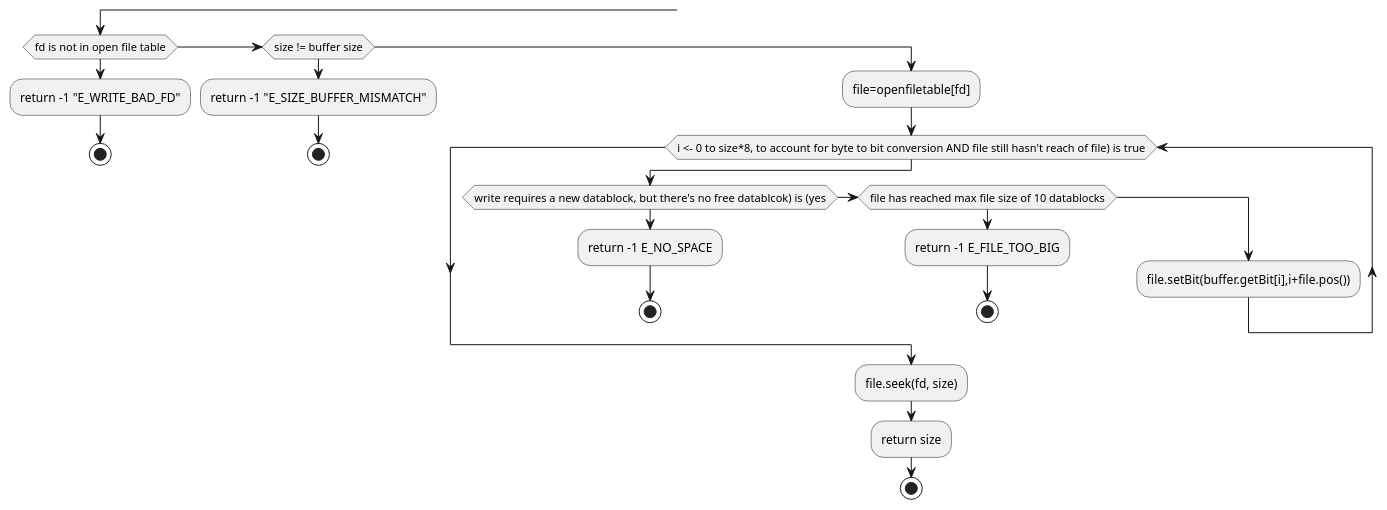
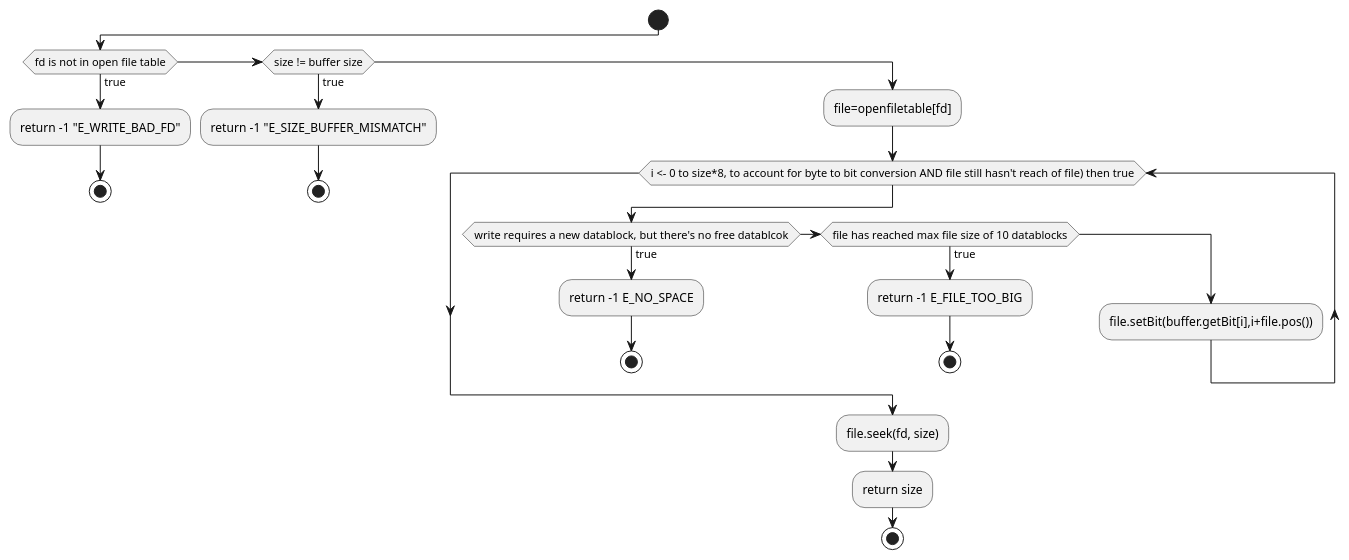
The ninth of 21 diagrams in Plan.org (HawaiinPizza/CIS-450-final-project), drawn with PlantUML before and after one commit. The commit also changed other lines of this file and 26 other files, not shown here.

```diff
--- a/Plan.org
+++ b/Plan.org
@@ -527,29 +462,30 @@
      #+BEGIN_SRC plantuml  :file Plant/FileWrite.png
      @startuml
-	if(fd is not in open file table)
+     start
+	if(fd is not in open file table) then (true)
 		:return -1 "E_WRITE_BAD_FD";
 		stop
-	elseif (size != buffer size)
+	elseif (size != buffer size)  then (true)
 		:return -1 "E_SIZE_BUFFER_MISMATCH";
 		stop
 	else
 		:file=openfiletable[fd];
-		while (i <- 0 to size*8, to account for byte to bit conversion AND file still hasn't reach of file) is true)
-			if(write requires a new datablock, but there's no free datablcok) is (yes)
+		while (i <- 0 to size*8, to account for byte to bit conversion AND file still hasn't reach of file) then true)
+			if(write requires a new datablock, but there's no free datablcok) then (true)
 				:return -1 E_NO_SPACE;
 				stop
-			elseif (file has reached max file size of 10 datablocks)
+			elseif (file has reached max file size of 10 datablocks) then (true)
 				:return -1 E_FILE_TOO_BIG;
 				stop
 			else
 				:file.setBit(buffer.getBit[i],i+file.pos());
 			endif
 			
 		endwhile
 		:file.seek(fd, size);
 		:return size;
 		stop
 		
 	endif
 	@enduml
      #+END_SRC
```
